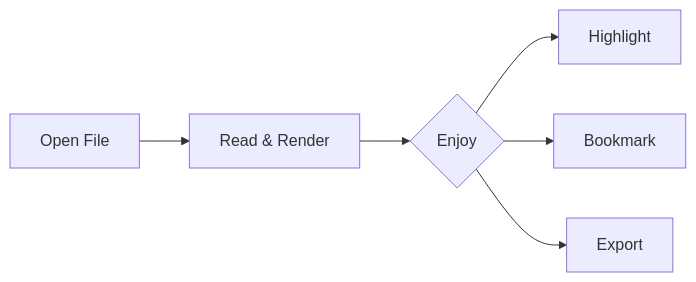
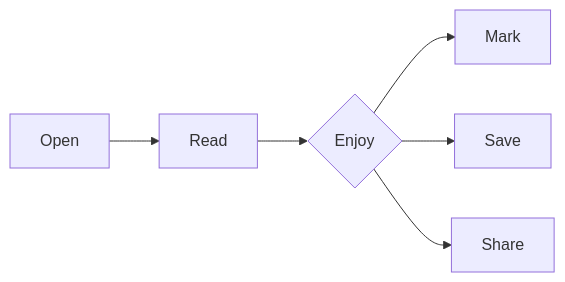
One commit to tcraid0/Bindars changed the diagram in src/assets/welcome.md. Above: the diagram before and after it, drawn with Mermaid. The commit also changed other lines of this file and 10 other files, not shown here.

````diff
--- a/src/assets/welcome.md
+++ b/src/assets/welcome.md
@@ -36,8 +36,8 @@
 ```mermaid
 graph LR
-    A[Open File] --> B[Read & Render]
+    A[Open] --> B[Read]
     B --> C{Enjoy}
-    C --> D[Highlight]
-    C --> E[Bookmark]
-    C --> F[Export]
+    C --> D[Mark]
+    C --> E[Save]
+    C --> F[Share]
 ```
````
